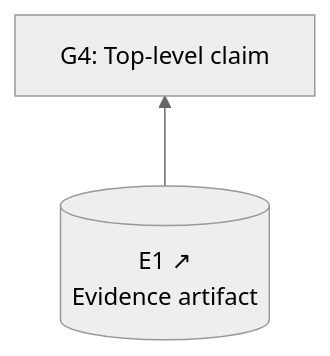
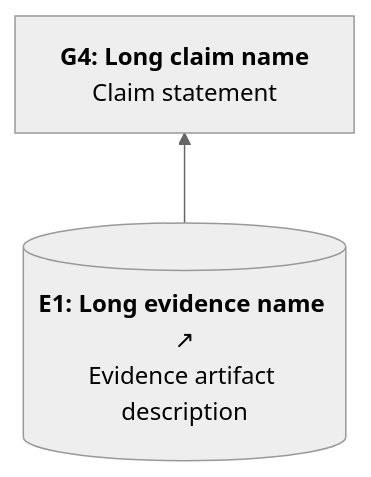
One commit to coreinfrastructure/best-practices-badge changed diagram 19 of 20 in docs/sacm-mermaid.md. Above: the diagram before and after it, drawn with Mermaid. The commit also changed other lines of this file, not shown here.

Commit message:
Improve diagrams

````diff
--- a/docs/sacm-mermaid.md
+++ b/docs/sacm-mermaid.md
@@ -1053,17 +1056,17 @@
 ```mermaid
 ---
 config:
   theme: neutral
   flowchart:
     curve: linear
     htmlLabels: true
     rankSpacing: 60
     nodeSpacing: 45
     padding: 15
 ---
 flowchart BT
-    E1[("E1 ↗<br>Evidence artifact")]
-    G4["G4: Top-level claim"]
+    E1[("<b>E1: Long evidence name</b> ↗<br>Evidence artifact description")]
+    G4["<b>G4: Long claim name</b><br>Claim statement"]
 
     E1 --> G4
 ```
````
